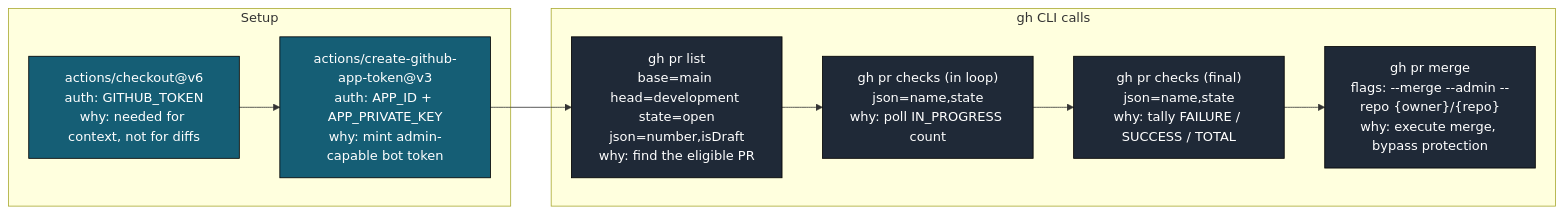
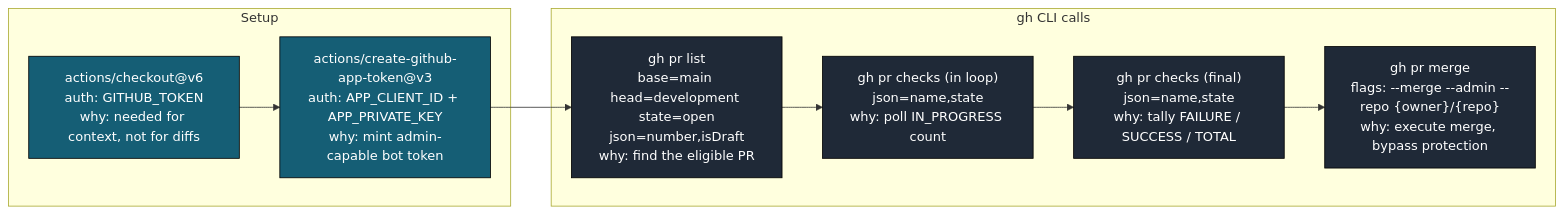
The eighth of 13 diagrams in .github/docs/AUTO_MERGE_MAIN_PR_DEEP_DIVE.md (llm-exe/llm-exe), drawn with Mermaid before and after one commit. The commit also changed other lines of this file and 13 other files, not shown here.

Commit message:
fix: update references from APP_ID to APP_CLIENT_ID in documentation

````diff
--- a/.github/docs/AUTO_MERGE_MAIN_PR_DEEP_DIVE.md
+++ b/.github/docs/AUTO_MERGE_MAIN_PR_DEEP_DIVE.md
@@ -354,24 +354,24 @@
 ```mermaid
 flowchart LR
     classDef pre fill:#155e75,color:#fff,stroke:#000
     classDef gh fill:#1f2937,color:#fff,stroke:#000
     classDef act fill:#581c87,color:#fff,stroke:#000
 
     subgraph Pre["Setup"]
         c1["actions/checkout@v6\nauth: GITHUB_TOKEN\nwhy: needed for context, not for diffs"]:::pre
-        c2["actions/create-github-app-token@v3\nauth: APP_ID + APP_PRIVATE_KEY\nwhy: mint admin-capable bot token"]:::pre
+        c2["actions/create-github-app-token@v3\nauth: APP_CLIENT_ID + APP_PRIVATE_KEY\nwhy: mint admin-capable bot token"]:::pre
     end
 
     subgraph During["gh CLI calls"]
         d1["gh pr list\nbase=main head=development state=open\njson=number,isDraft\nwhy: find the eligible PR"]:::gh
         d2["gh pr checks (in loop)\njson=name,state\nwhy: poll IN_PROGRESS count"]:::gh
         d3["gh pr checks (final)\njson=name,state\nwhy: tally FAILURE / SUCCESS / TOTAL"]:::gh
         d4["gh pr merge\nflags: --merge --admin --repo {owner}/{repo}\nwhy: execute merge, bypass protection"]:::gh
     end
 
     c1 --> c2
     c2 --> d1
     d1 --> d2
     d2 --> d3
     d3 --> d4
 ```
````
